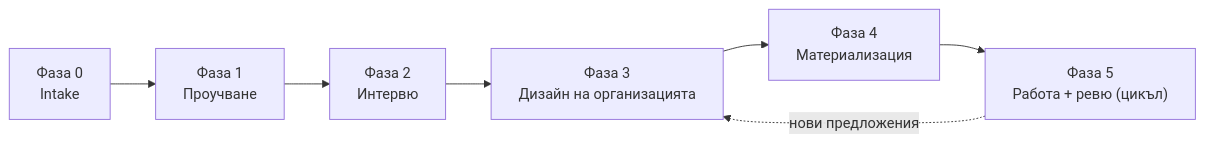
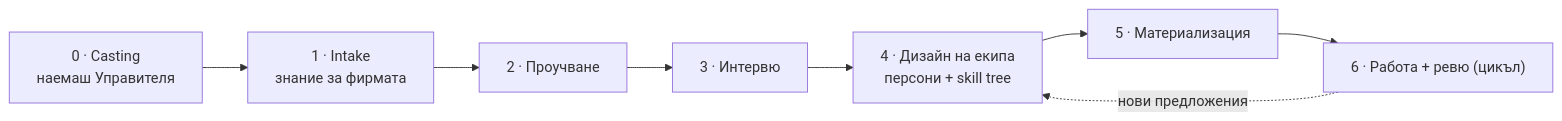
The sixth of 8 diagrams in docs/AI-ORGANIZATION-VISION.md (lstefanov/ai-agent-claude), drawn with Mermaid before and after one commit. The commit also changed other lines of this file and 7 other files, not shown here.

````diff
--- a/docs/AI-ORGANIZATION-VISION.md
+++ b/docs/AI-ORGANIZATION-VISION.md
@@ -127,9 +222,10 @@
 ```mermaid
 flowchart LR
-    F0["Фаза 0<br/>Intake"] --> F1["Фаза 1<br/>Проучване"]
-    F1 --> F2["Фаза 2<br/>Интервю"]
-    F2 --> F3["Фаза 3<br/>Дизайн на организацията"]
-    F3 --> F4["Фаза 4<br/>Материализация"]
-    F4 --> F5["Фаза 5<br/>Работа + ревю (цикъл)"]
-    F5 -.->|нови предложения| F3
+    F0["0 · Casting<br/>наемаш Управителя"] --> F1["1 · Intake<br/>знание за фирмата"]
+    F1 --> F2["2 · Проучване"]
+    F2 --> F3["3 · Интервю"]
+    F3 --> F4["4 · Дизайн на екипа<br/>персони + skill tree"]
+    F4 --> F5["5 · Материализация"]
+    F5 --> F6["6 · Работа + ревю (цикъл)"]
+    F6 -.->|нови предложения| F4
 ```
````
